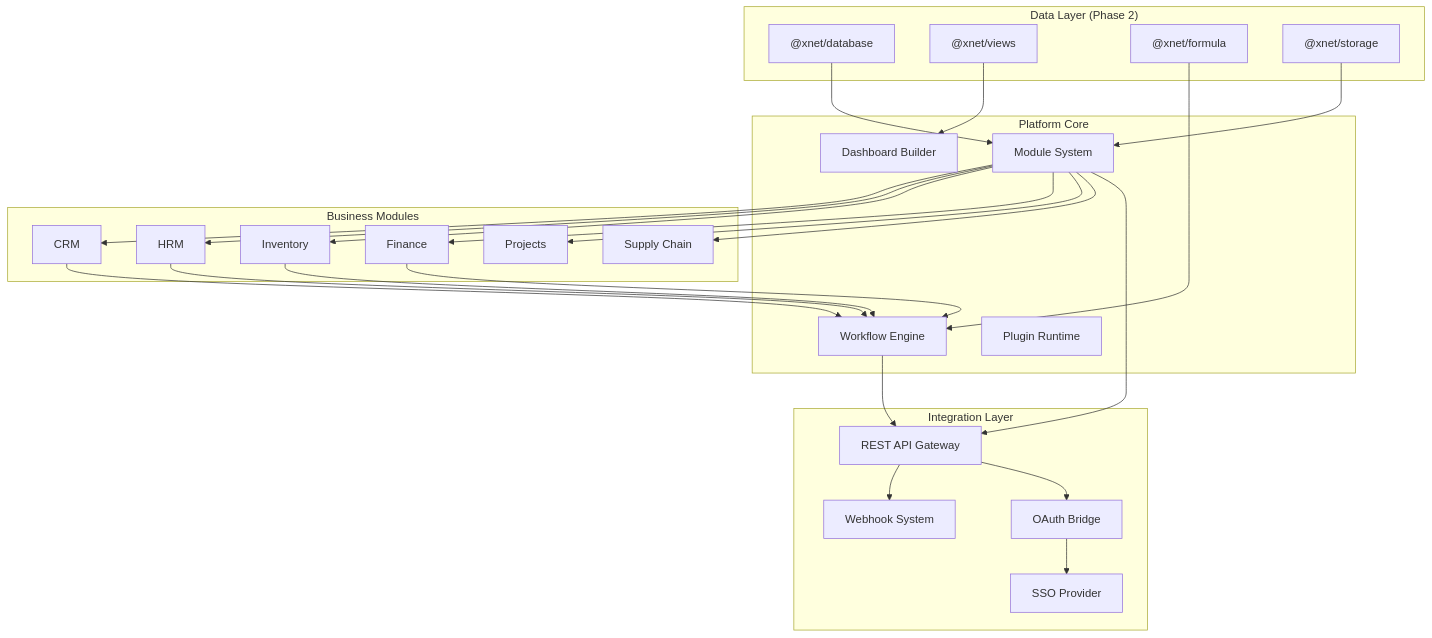
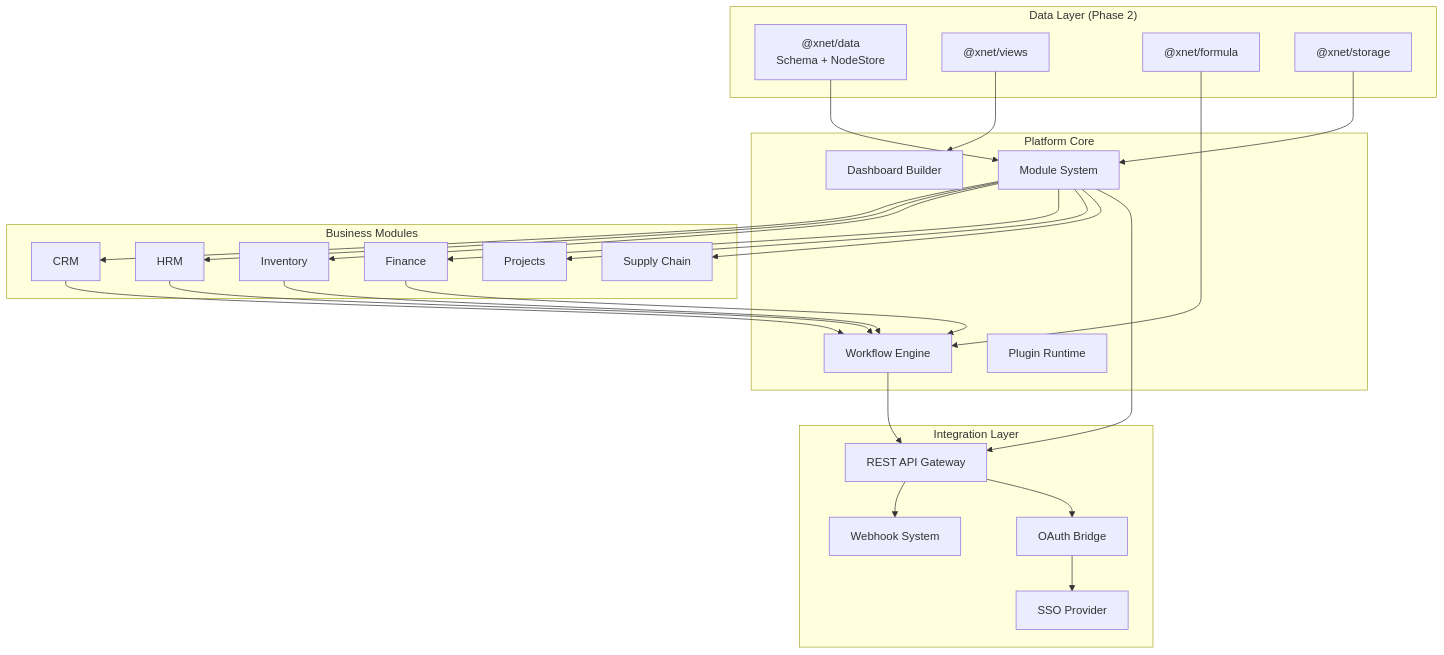
One commit to crs48/xNet changed the first of 5 diagrams in docs/planStep03ERP/00-overview.md. Above: the diagram before and after it, drawn with Mermaid. The commit also changed other lines of this file and 23 other files, not shown here.

First line of the commit message:
Update planning docs for schema-first Node architecture

````diff
--- a/docs/planStep03ERP/00-overview.md
+++ b/docs/planStep03ERP/00-overview.md
@@ -40,55 +47,55 @@
 ```mermaid
 flowchart TD
     subgraph "Platform Core"
         MODULES["Module System"]
         WORKFLOWS["Workflow Engine"]
         DASHBOARD["Dashboard Builder"]
         PLUGINS["Plugin Runtime"]
     end
 
     subgraph "Business Modules"
         CRM["CRM"]
         HRM["HRM"]
         INV["Inventory"]
         FIN["Finance"]
         PM["Projects"]
         SCM["Supply Chain"]
     end
 
     subgraph "Integration Layer"
         API["REST API Gateway"]
         WEBHOOKS["Webhook System"]
         OAUTH["OAuth Bridge"]
         SSO["SSO Provider"]
     end
 
     subgraph "Data Layer (Phase 2)"
-        DATABASE["@xnet/database"]
+        DATA["@xnet/data<br/>Schema + NodeStore"]
         VIEWS["@xnet/views"]
         FORMULA["@xnet/formula"]
         STORAGE["@xnet/storage"]
     end
 
-    DATABASE --> MODULES
+    DATA --> MODULES
     VIEWS --> DASHBOARD
     FORMULA --> WORKFLOWS
     STORAGE --> MODULES
 
     MODULES --> CRM
     MODULES --> HRM
     MODULES --> INV
     MODULES --> FIN
     MODULES --> PM
     MODULES --> SCM
 
     CRM --> WORKFLOWS
     HRM --> WORKFLOWS
     INV --> WORKFLOWS
     FIN --> WORKFLOWS
 
     WORKFLOWS --> API
     MODULES --> API
     API --> WEBHOOKS
     API --> OAUTH
     OAUTH --> SSO
 ```
````
